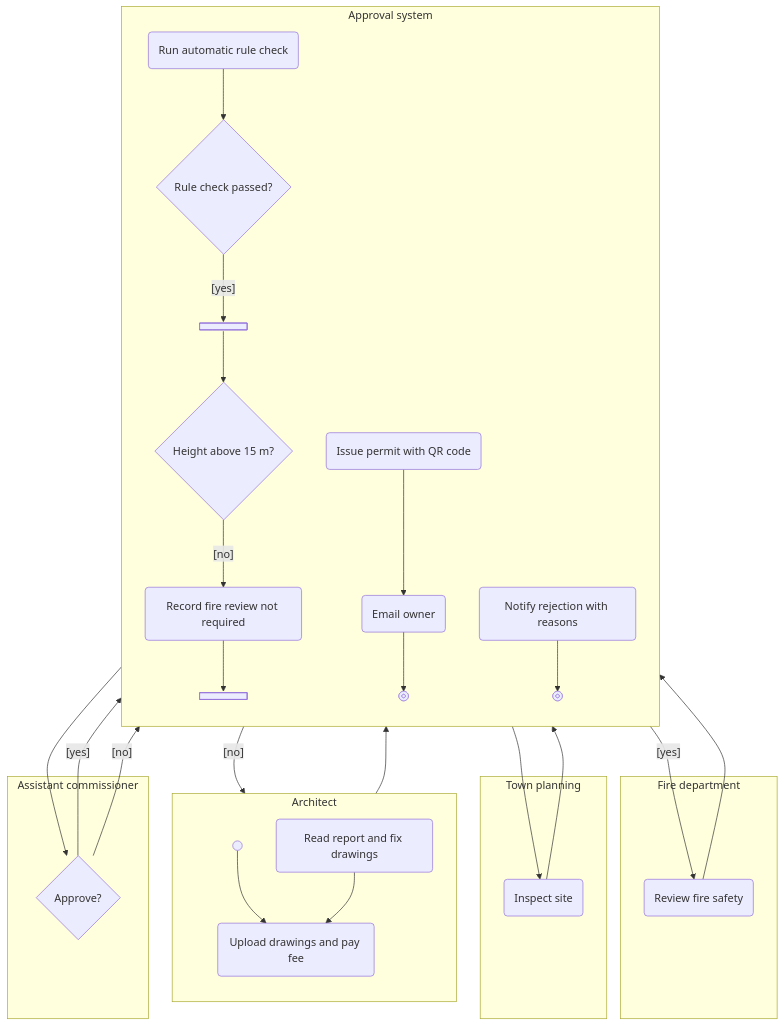
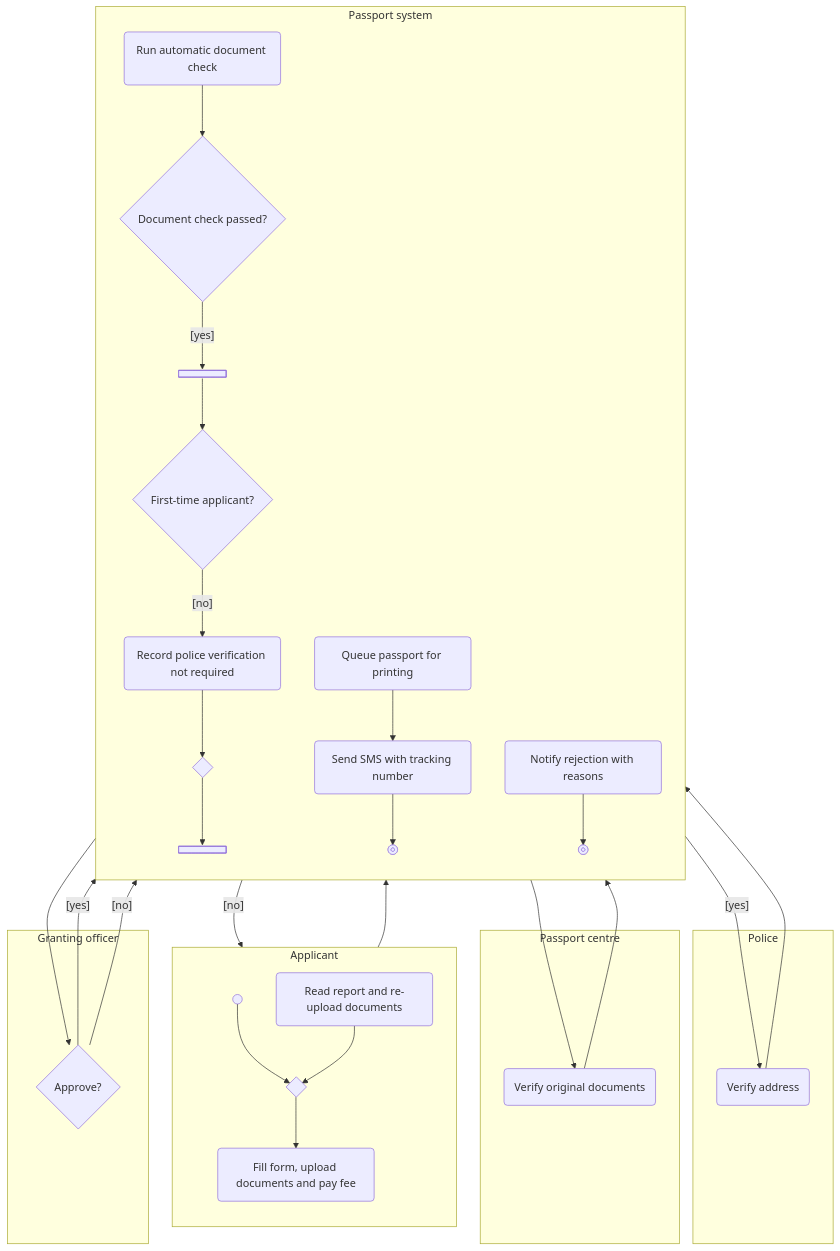
The seventh of 8 diagrams in content/lessons/m05/m05-activity-diagrams.md (rizwi0786/system-design-lab), drawn with Mermaid before and after one commit. The commit also changed other lines of this file and 334 other files, not shown here.

````diff
--- a/content/lessons/m05/m05-activity-diagrams.md
+++ b/content/lessons/m05/m05-activity-diagrams.md
@@ -1179,42 +1185,45 @@
 ```mermaid
 flowchart TD
-    subgraph arch["Architect"]
+    subgraph app["Applicant"]
         direction TB
         start@{ shape: sm-circ }
-        upload("Upload drawings and pay fee")
-        fix("Read report and fix drawings")
+        mUpload{" "}
+        upload("Fill form, upload documents and pay fee")
+        fix("Read report and re-upload documents")
     end
-    subgraph sys["Approval system"]
+    subgraph sys["Passport system"]
         direction TB
-        rules("Run automatic rule check")
-        passed{"Rule check passed?"}
+        rules("Run automatic document check")
+        passed{"Document check passed?"}
         f1@{ shape: fork }
-        tall{"Height above 15 m?"}
-        skip("Record fire review not required")
+        fresh{"First-time applicant?"}
+        skip("Record police verification not required")
+        mPolice{" "}
         j1@{ shape: fork }
-        issue("Issue permit with QR code")
-        email("Email owner")
+        print("Queue passport for printing")
+        sms("Send SMS with tracking number")
         done@{ shape: framed-circle }
         notify("Notify rejection with reasons")
         stopR@{ shape: framed-circle }
     end
-    subgraph fire["Fire department"]
-        fireReview("Review fire safety")
+    subgraph police["Police"]
+        policeCheck("Verify address")
     end
-    subgraph tp["Town planning"]
-        inspect("Inspect site")
+    subgraph centre["Passport centre"]
+        verifyDocs("Verify original documents")
     end
-    subgraph ac["Assistant commissioner"]
+    subgraph go["Granting officer"]
         decide{"Approve?"}
     end
-    start --> upload --> rules --> passed
-    passed -->|"[no]"| fix --> upload
+    start --> mUpload --> upload --> rules --> passed
+    passed -->|"[no]"| fix --> mUpload
     passed -->|"[yes]"| f1
-    f1 --> tall
-    tall -->|"[yes]"| fireReview --> j1
-    tall -->|"[no]"| skip --> j1
-    f1 --> inspect --> j1
+    f1 --> fresh
+    fresh -->|"[yes]"| policeCheck --> mPolice
+    fresh -->|"[no]"| skip --> mPolice
+    mPolice --> j1
+    f1 --> verifyDocs --> j1
     j1 --> decide
-    decide -->|"[yes]"| issue --> email --> done
+    decide -->|"[yes]"| print --> sms --> done
     decide -->|"[no]"| notify --> stopR
 ```
````
